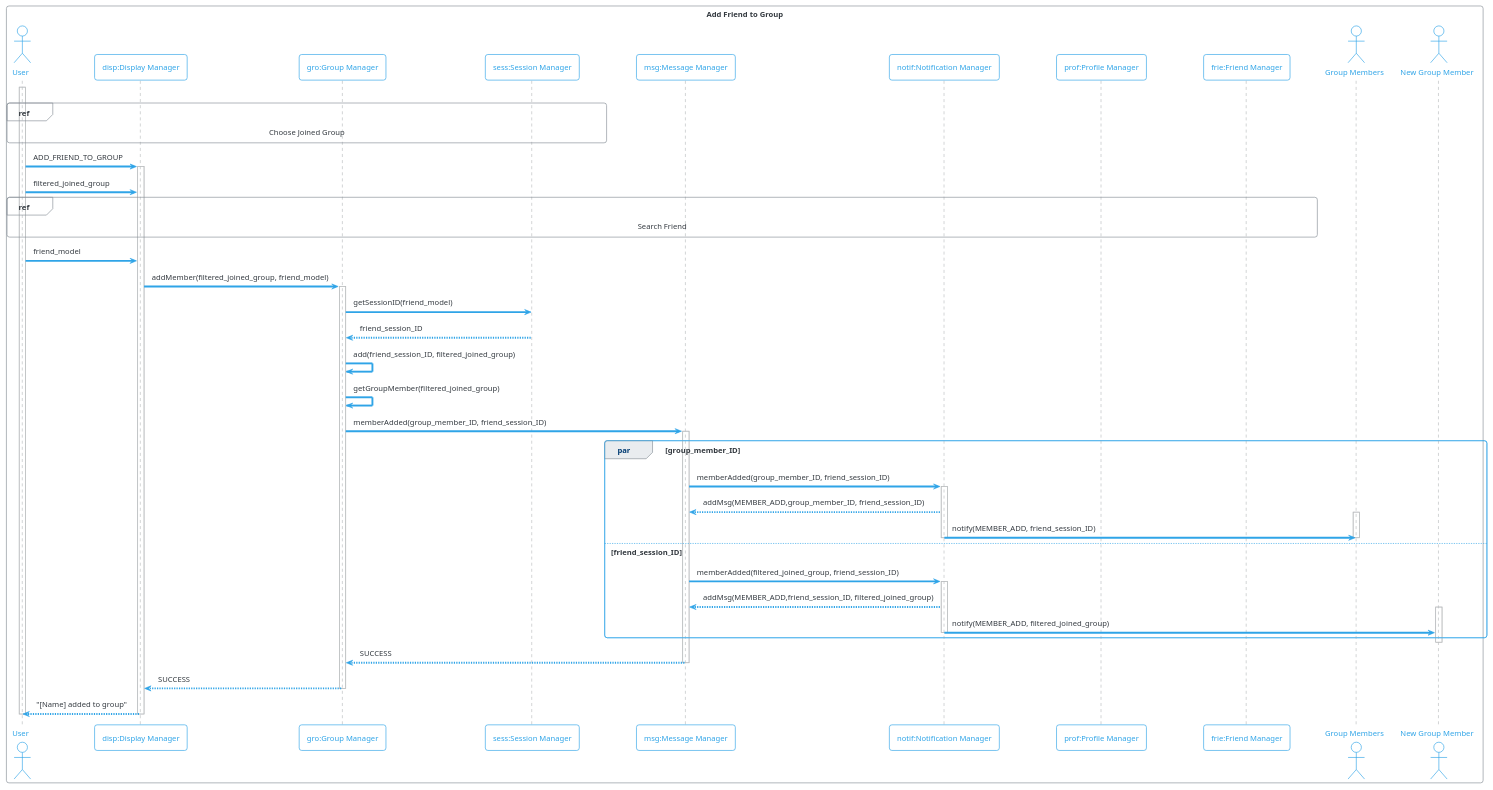
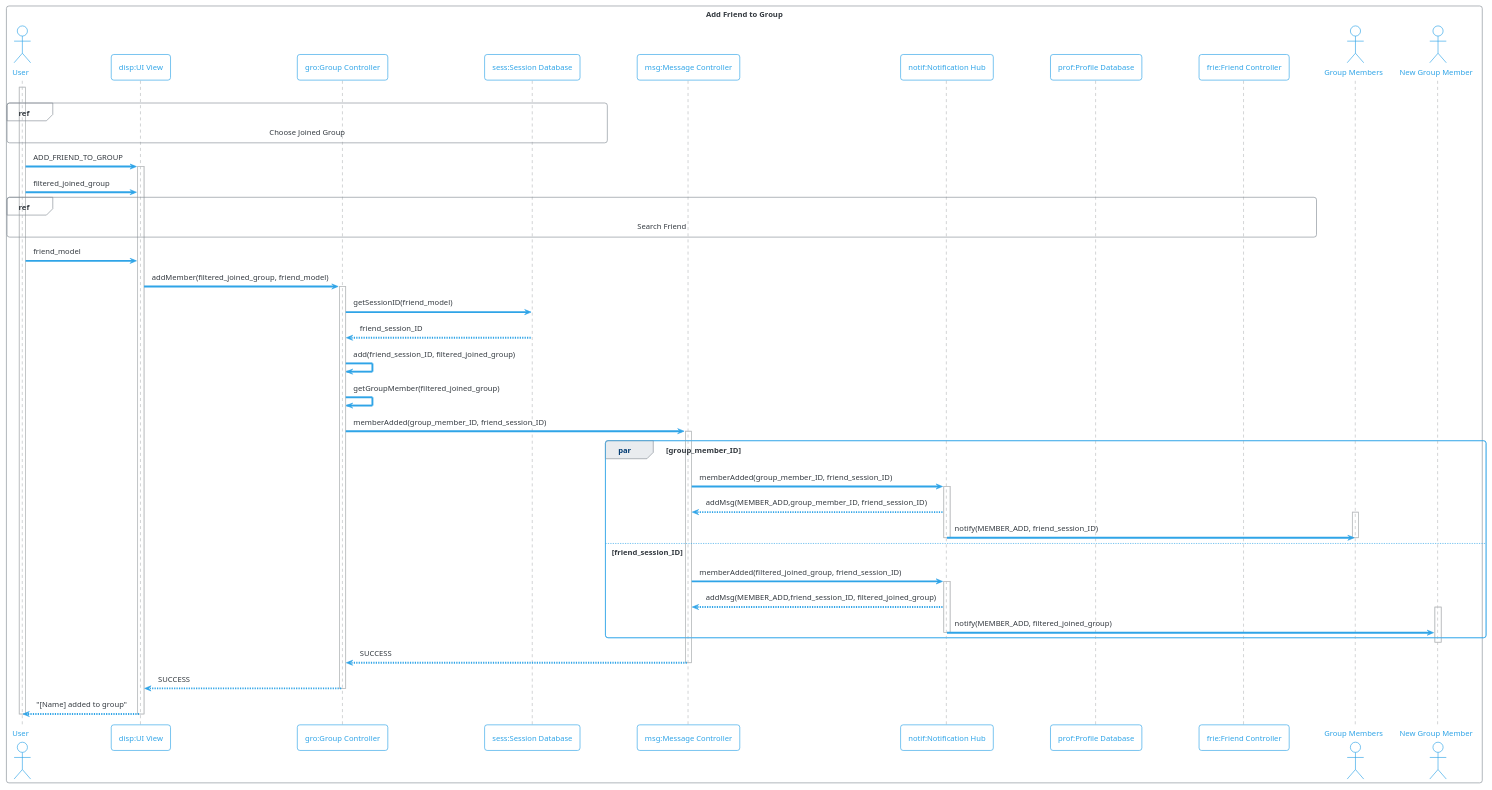
The diagram in Sequence Diagrams/Squad/AddFriendToGroup.puml (md-y/3354-splitsquad), drawn with PlantUML before and after one commit. The commit also changed 39 other files, not shown here.

Commit message:
Fixed Sequence Diagram to add Database, Controller, and UI

```diff
--- a/Sequence Diagrams/Squad/AddFriendToGroup.puml
+++ b/Sequence Diagrams/Squad/AddFriendToGroup.puml
@@ -1,48 +1,48 @@
 @startuml
 !theme cerulean-outline
 box "Add Friend to Group"
 actor "User" as user
-participant "disp:Display Manager" as disp
-participant "gro:Group Manager" as gro
-participant "sess:Session Manager" as sess
-participant "msg:Message Manager" as msg
-participant "notif:Notification Manager" as notif
-participant "prof:Profile Manager" as prof
-participant "frie:Friend Manager" as frie
+participant "disp:UI View" as disp
+participant "gro:Group Controller" as gro
+participant "sess:Session Database" as sess
+participant "msg:Message Controller" as msg
+participant "notif:Notification Hub" as notif
+participant "prof:Profile Database" as prof
+participant "frie:Friend Controller" as frie
 actor "Group Members" as member
 actor "New Group Member" as newMember
 end box
 activate user
 |||
 ref over user, disp, gro, sess : Choose Joined Group
 user -> disp ++ : ADD_FRIEND_TO_GROUP
 user -> disp : filtered_joined_group
 ref over user, disp, sess, prof, frie: Search Friend
 user -> disp : friend_model
 disp -> gro ++ : addMember(filtered_joined_group, friend_model)
 gro -> sess : getSessionID(friend_model)
 sess --> gro -- : friend_session_ID
 gro -> gro : add(friend_session_ID, filtered_joined_group)
 gro -> gro : getGroupMember(filtered_joined_group)
 gro -> msg ++ : memberAdded(group_member_ID, friend_session_ID)
 par group_member_ID
 msg -> notif ++ : memberAdded(group_member_ID, friend_session_ID)
 notif --> msg : addMsg(MEMBER_ADD,group_member_ID, friend_session_ID)
 activate member
 notif -> member --: notify(MEMBER_ADD, friend_session_ID)
 else friend_session_ID
 deactivate member
 msg -> notif ++ : memberAdded(filtered_joined_group, friend_session_ID)
 notif --> msg : addMsg(MEMBER_ADD,friend_session_ID, filtered_joined_group)
 activate newMember
 notif -> newMember --: notify(MEMBER_ADD, filtered_joined_group)
 end
 deactivate newMember
 activate msg
 activate gro
 activate disp
 msg --> gro -- : SUCCESS
 gro --> disp -- : SUCCESS
 disp --> user -- : "[Name] added to group"
 deactivate user
 @enduml
```
